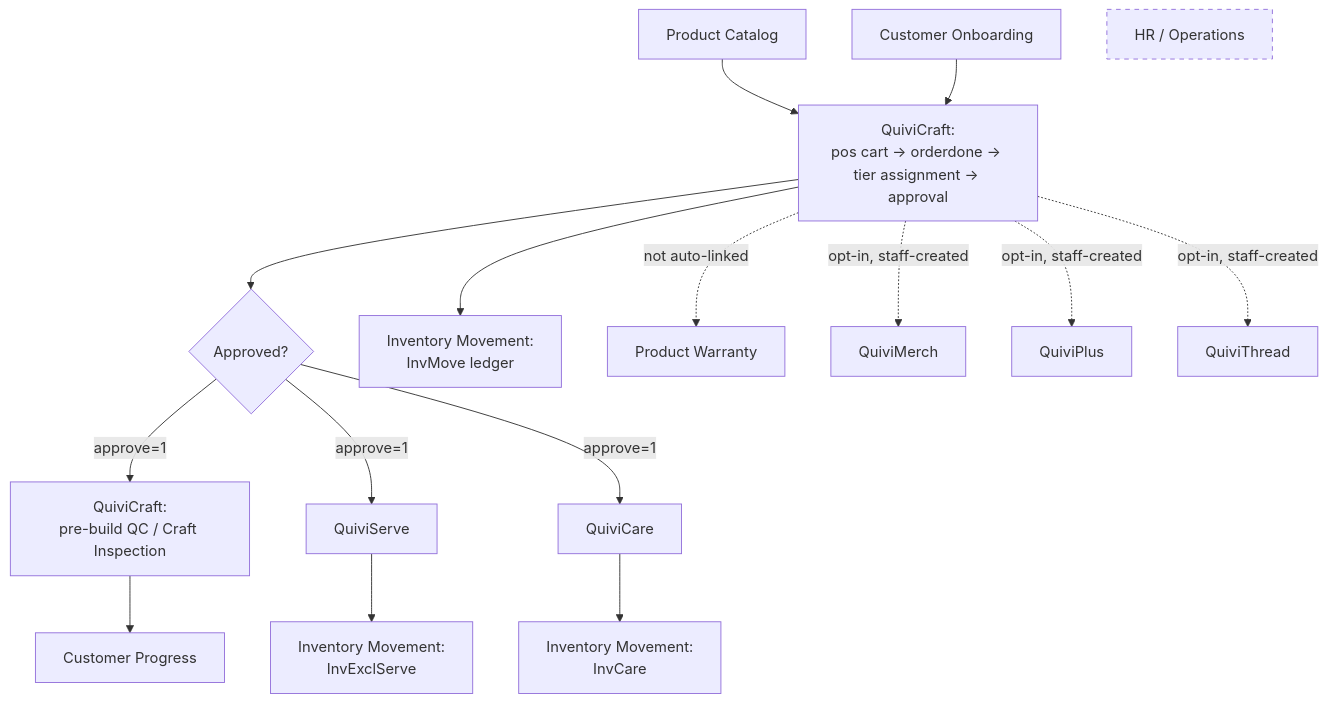
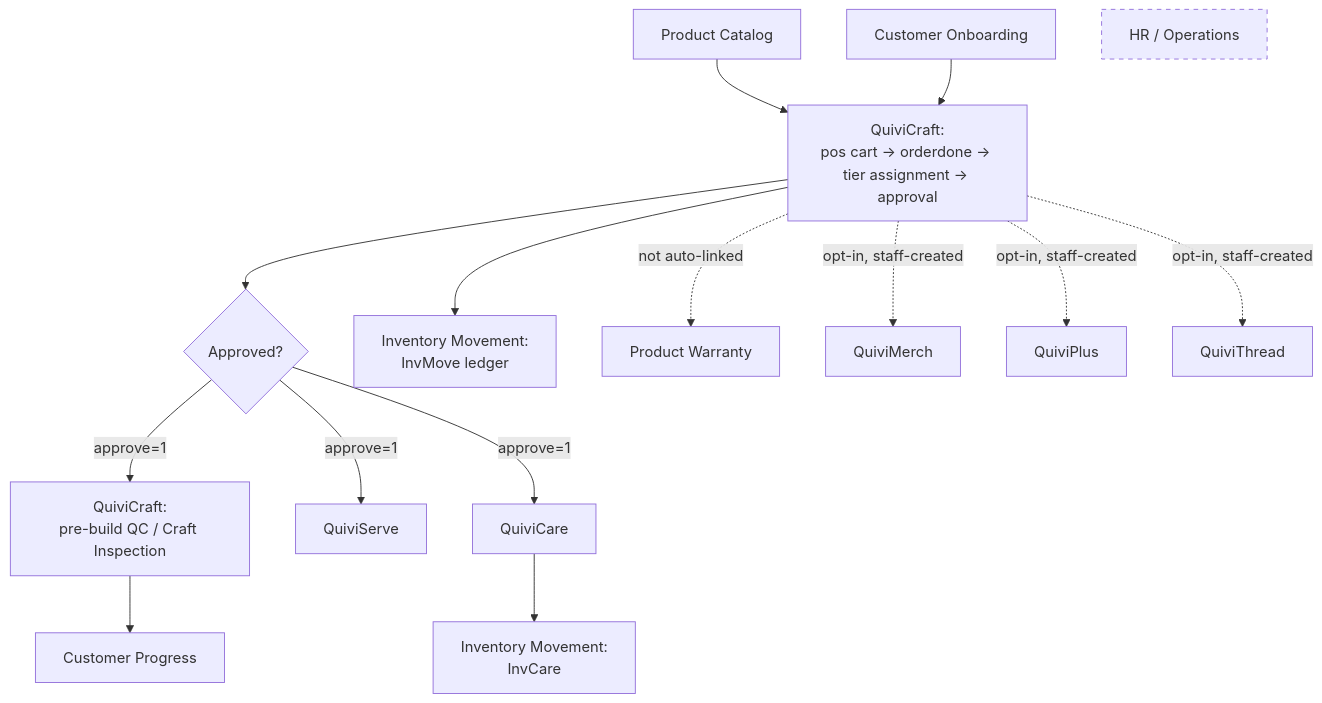
The diagram in docs/QuiviTech/Workflow.md (megatex123/inventory-management), drawn with Mermaid before and after one commit. The commit also changed other lines of this file and 12 other files, not shown here.

First line of the commit message:
Complete inv_excl_serve removal: routes, MasterSku relation, home.vue widget, vault docs, built bundle

````diff
--- a/docs/QuiviTech/Workflow.md
+++ b/docs/QuiviTech/Workflow.md
@@ -11,19 +11,18 @@
 ```mermaid
 flowchart TD
     P0[Product Catalog] --> C
     A[Customer Onboarding] --> C
     C[QuiviCraft:<br/>pos cart -> orderdone -> tier assignment -> approval] --> D{Approved?}
     D -- approve=1 --> F[QuiviCraft:<br/>pre-build QC / Craft Inspection]
     D -- approve=1 --> G[QuiviServe]
     D -- approve=1 --> H[QuiviCare]
-    G --> L[Inventory Movement:<br/>InvExclServe]
     H --> K[Inventory Movement:<br/>InvCare]
     C --> M[Inventory Movement:<br/>InvMove ledger]
     F --> N[Customer Progress]
     C -.not auto-linked.-> PW[Product Warranty]
     C -.opt-in, staff-created.-> QM[QuiviMerch]
     C -.opt-in, staff-created.-> QP[QuiviPlus]
     C -.opt-in, staff-created.-> QT[QuiviThread]
     OPS[HR / Operations]:::detached
     classDef detached stroke-dasharray: 5 5
 ```
````
